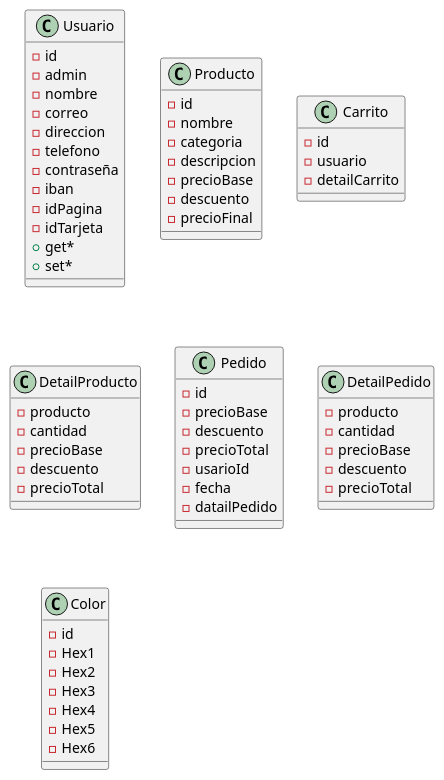
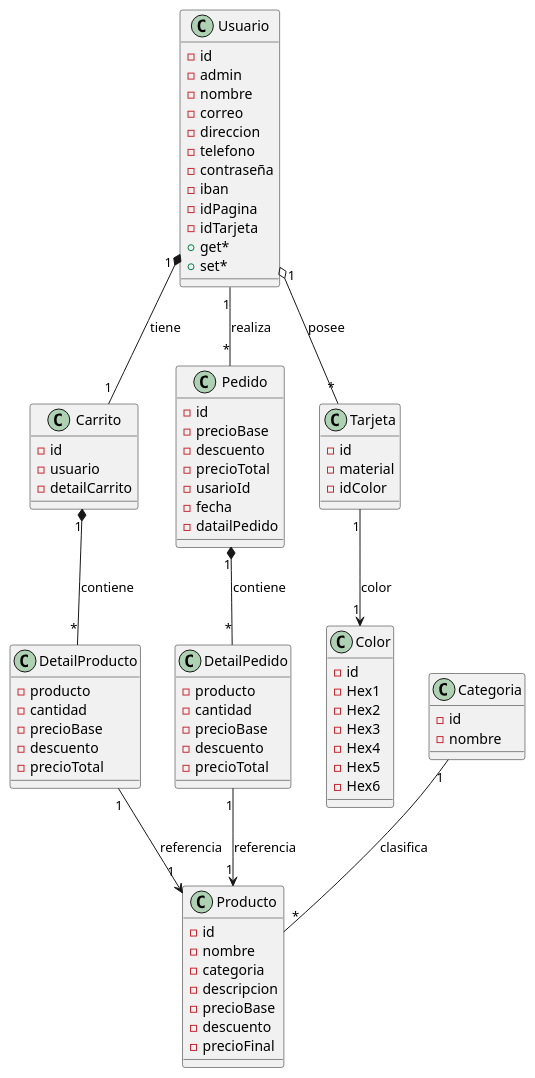
The diagram in src/documents/.puml (tagMeDAW/tienda-back), drawn with PlantUML before and after one commit. The commit also changed 1 other file, not shown here.

Commit message:
añadir png y relaciones

```diff
--- a/src/documents/.puml
+++ b/src/documents/.puml
@@ -1,70 +1,93 @@
 @startuml
 
 class Usuario{
     -id
     -admin
     -nombre
     -correo
     -direccion
     -telefono
     -contraseña
     -iban
     -idPagina
     -idTarjeta
     +get*
     +set*
 }
 
 class Producto{
    -id
    -nombre
    -categoria
    -descripcion
    -precioBase
    -descuento
    -precioFinal
 }
 
 class Carrito{
     -id
     -usuario
     -detailCarrito
 }
 
 class DetailProducto{
     -producto
     -cantidad
     -precioBase
     -descuento
     -precioTotal
 }
 
 class Pedido{
     -id
     -precioBase
     -descuento
     -precioTotal
     -usarioId
     -fecha
     -datailPedido
 }
 
 class DetailPedido{
     -producto
     -cantidad
     -precioBase
     -descuento
     -precioTotal
 }
 
 class Color {
     -id
     -Hex1
     -Hex2
     -Hex3
     -Hex4
     -Hex5
     -Hex6
 }
+class Tarjeta {
+    -id
+    -material
+    -idColor
+}
+class Categoria{
+    -id
+    -nombre
+}
+' Relaciones entre entidades
+Usuario "1" *-- "1" Carrito : tiene
+Carrito "1" *-- "*" DetailProducto : contiene
+DetailProducto "1" --> "1" Producto : referencia
+Usuario "1" -- "*" Pedido : realiza
+Pedido "1" *-- "*" DetailPedido : contiene
+DetailPedido "1" --> "1" Producto : referencia
+Usuario "1" o-- "*" Tarjeta : posee
+Tarjeta "1" --> "1" Color : color
+Categoria "1" -- "*" Producto : clasifica
+
+
+
+
 
 @enduml
```
